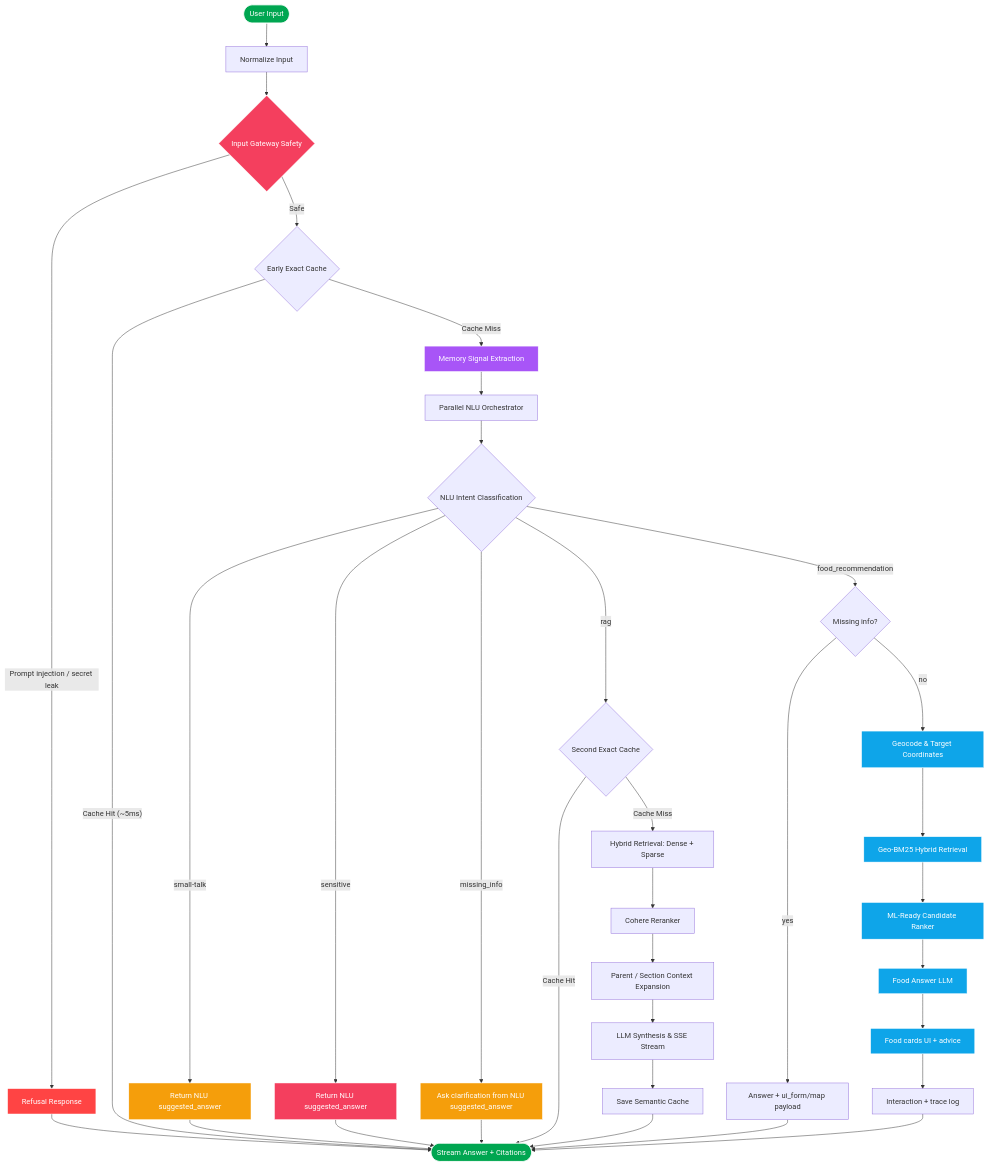
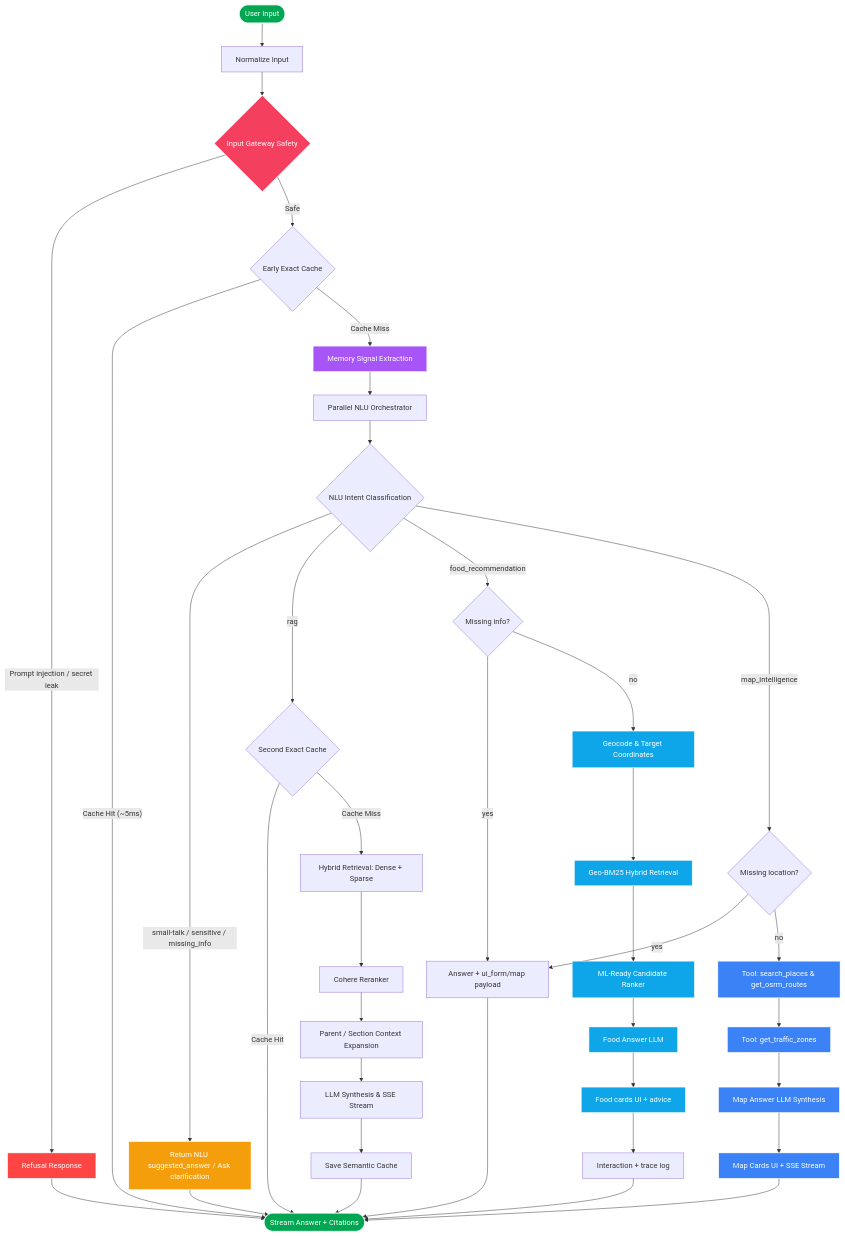
One commit to dungltcn272/XANH_SM_AI_ASSISTANT_V1 changed the diagram in README.md. Above: the diagram before and after it, drawn with Mermaid. The commit also changed other lines of this file and 8 other files, not shown here.

````diff
--- a/README.md
+++ b/README.md
@@ -57,57 +64,64 @@
 ```mermaid
 graph TD
     A([User Input]) --> N[Normalize Input]
     N --> B{Input Gateway Safety}
     B -- "Prompt injection / secret leak" --> Block[Refusal Response]
     B -- "Safe" --> C{Early Exact Cache}
 
     C -- "Cache Hit (~5ms)" --> Out([Stream Answer + Citations])
     C -- "Cache Miss" --> LC[Memory Signal Extraction]
     LC --> D[Parallel NLU Orchestrator]
     
     D --> E{NLU Intent Classification}
-    E -- "small-talk" --> Stalk[Return NLU suggested_answer]
-    E -- "sensitive" --> Sen[Return NLU suggested_answer]
-    E -- "missing_info" --> Miss[Ask clarification from NLU suggested_answer]
+    E -- "small-talk / sensitive / missing_info" --> NLU_Direct[Return NLU suggested_answer / Ask clarification]
     E -- "rag" --> F{Second Exact Cache}
     E -- "food_recommendation" --> M{Missing info?}
+    E -- "map_intelligence" --> MAP1{Missing location?}
+
+    %% Luồng Map Intelligence
+    MAP1 -- yes --> FORM
+    MAP1 -- no --> MAP2[Tool: search_places & get_osrm_routes]
+    MAP2 --> MAP3[Tool: get_traffic_zones]
+    MAP3 --> MAP4[Map Answer LLM Synthesis]
+    MAP4 --> MAPCARD[Map Cards UI + SSE Stream]
+    MAPCARD --> Out
 
     %% Luồng Food Recommendation
     M -- yes --> FORM[Answer + ui_form/map payload]
     M -- no --> FR1[Geocode & Target Coordinates]
     FR1 --> FR2[Geo-BM25 Hybrid Retrieval]
     FR2 --> FR3[ML-Ready Candidate Ranker]
     FR3 --> FR4[Food Answer LLM]
     FR4 --> CARD[Food cards UI + advice]
     CARD --> LOG[Interaction + trace log]
     LOG --> Out
 
     %% Luồng RAG
     F -- "Cache Hit" --> Out
     F -- "Cache Miss" --> G[Hybrid Retrieval: Dense + Sparse]
     G --> H[Cohere Reranker]
     H --> I[Parent / Section Context Expansion]
     I --> K[LLM Synthesis & SSE Stream]
     K --> CacheSave[Save Semantic Cache]
     CacheSave --> Out
 
     Block --> Out
-    Stalk --> Out
-    Sen --> Out
-    Miss --> Out
+    NLU_Direct --> Out
     FORM --> Out
 
     style A fill:#00A651,stroke:#fff,color:#fff
     style Out fill:#00A651,stroke:#fff,color:#fff
     style Block fill:#ff4444,stroke:#fff,color:#fff
-    style Stalk fill:#f59e0b,stroke:#fff,color:#fff
-    style Sen fill:#f43f5e,stroke:#fff,color:#fff
-    style Miss fill:#f59e0b,stroke:#fff,color:#fff
+    style NLU_Direct fill:#f59e0b,stroke:#fff,color:#fff
     style B fill:#f43f5e,stroke:#fff,color:#fff
     style FR1 fill:#0ea5e9,stroke:#fff,color:#fff
     style FR2 fill:#0ea5e9,stroke:#fff,color:#fff
     style FR3 fill:#0ea5e9,stroke:#fff,color:#fff
     style FR4 fill:#0ea5e9,stroke:#fff,color:#fff
     style CARD fill:#0ea5e9,stroke:#fff,color:#fff
+    style MAP2 fill:#3b82f6,stroke:#fff,color:#fff
+    style MAP3 fill:#3b82f6,stroke:#fff,color:#fff
+    style MAP4 fill:#3b82f6,stroke:#fff,color:#fff
+    style MAPCARD fill:#3b82f6,stroke:#fff,color:#fff
     style LC fill:#a855f7,stroke:#fff,color:#fff
 ```
````
